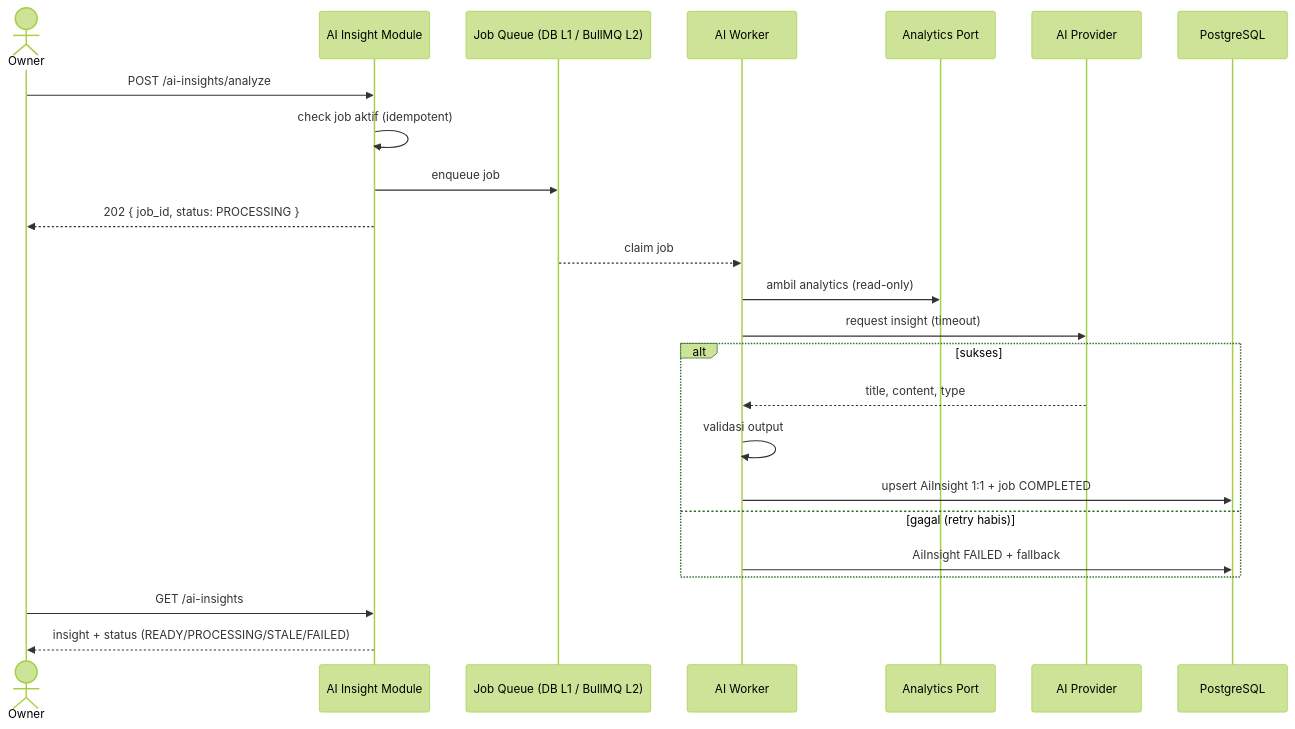
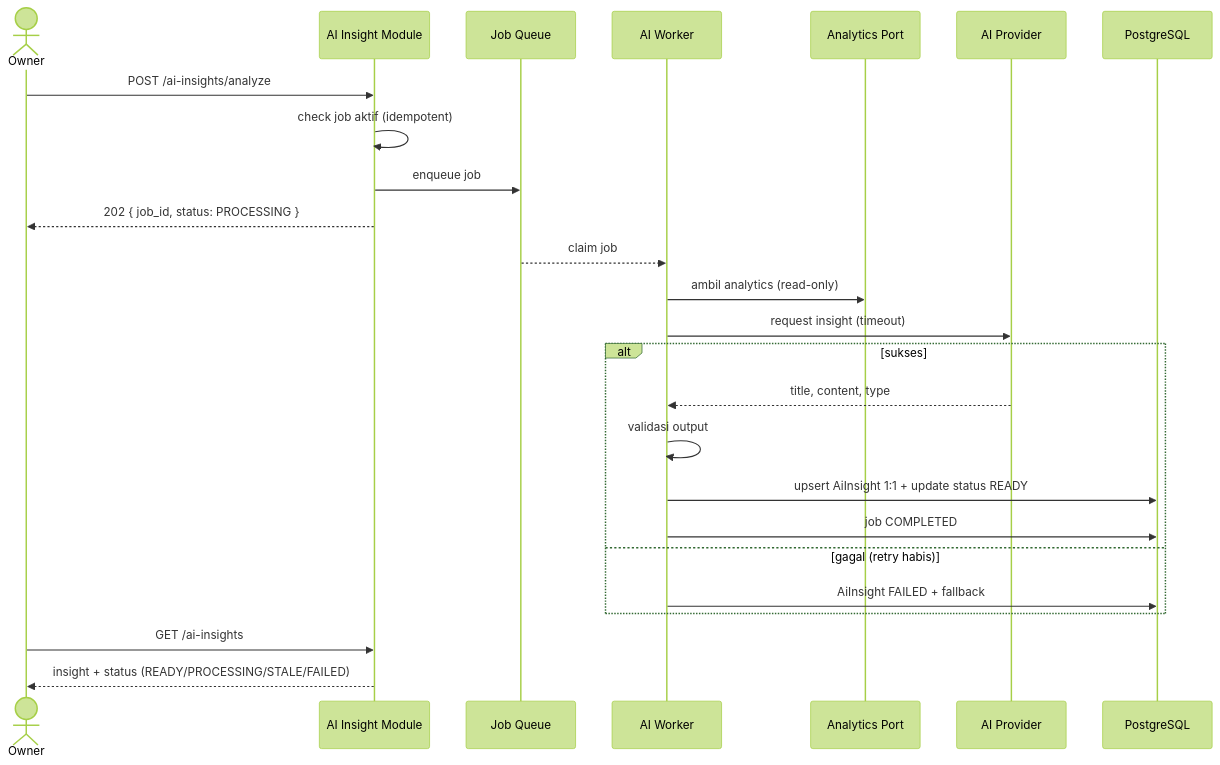
The eighth of 21 diagrams in docs/system-flow.md (TeamOneee/pos-project-be), drawn with Mermaid (forest theme) before and after one commit. The commit also changed other lines of this file and 9 other files, not shown here.

````diff
--- a/docs/system-flow.md
+++ b/docs/system-flow.md
@@ -181,28 +219,29 @@
 ```mermaid
 sequenceDiagram
     actor Owner
     participant A as AI Insight Module
-    participant Q as Job Queue (DB L1 / BullMQ L2)
+    participant Q as Job Queue
     participant W as AI Worker
     participant An as Analytics Port
     participant P as AI Provider
     participant DB as PostgreSQL
 
     Owner->>A: POST /ai-insights/analyze
     A->>A: check job aktif (idempotent)
     A->>Q: enqueue job
     A-->>Owner: 202 { job_id, status: PROCESSING }
 
     Q-->>W: claim job
     W->>An: ambil analytics (read-only)
     W->>P: request insight (timeout)
     alt sukses
         P-->>W: title, content, type
         W->>W: validasi output
-        W->>DB: upsert AiInsight 1:1 + job COMPLETED
+        W->>DB: upsert AiInsight 1:1 + update status READY
+        W->>DB: job COMPLETED
     else gagal (retry habis)
         W->>DB: AiInsight FAILED + fallback
     end
     Owner->>A: GET /ai-insights
     A-->>Owner: insight + status (READY/PROCESSING/STALE/FAILED)
 ```
````
